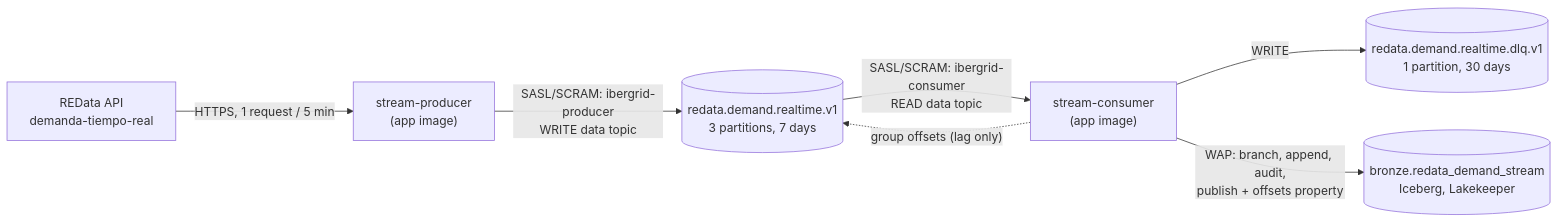
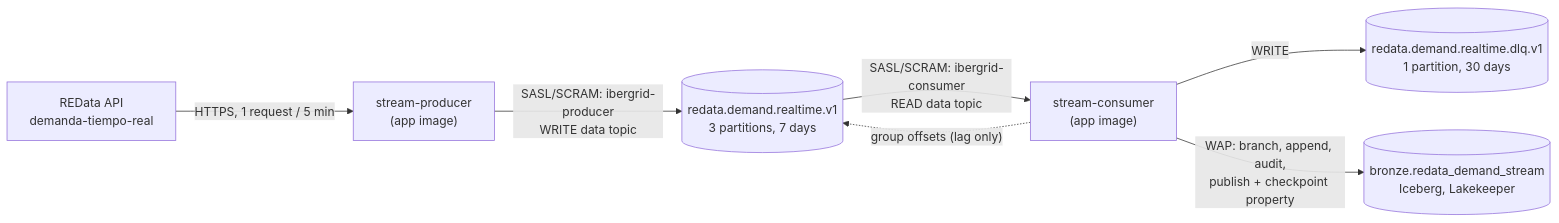
The diagram in docs/adr/0006-streaming-lane.md (jaisato/ibergrid-lakehouse), drawn with Mermaid before and after one commit. The commit also changed other lines of this file and 3 other files, not shown here.

````diff
--- a/docs/adr/0006-streaming-lane.md
+++ b/docs/adr/0006-streaming-lane.md
@@ -81,9 +87,9 @@
 ```mermaid
 flowchart LR
   ree["REData API<br/>demanda-tiempo-real"] -- "HTTPS, 1 request / 5 min" --> producer["stream-producer<br/>(app image)"]
   producer -- "SASL/SCRAM: ibergrid-producer<br/>WRITE data topic" --> topic[("redata.demand.realtime.v1<br/>3 partitions, 7 days")]
   topic -- "SASL/SCRAM: ibergrid-consumer<br/>READ data topic" --> consumer["stream-consumer<br/>(app image)"]
   consumer -- "WRITE" --> dlq[("redata.demand.realtime.dlq.v1<br/>1 partition, 30 days")]
-  consumer -- "WAP: branch, append, audit,<br/>publish + offsets property" --> table[("bronze.redata_demand_stream<br/>Iceberg, Lakekeeper")]
+  consumer -- "WAP: branch, append, audit,<br/>publish + checkpoint property" --> table[("bronze.redata_demand_stream<br/>Iceberg, Lakekeeper")]
   consumer -. "group offsets (lag only)" .-> topic
 ```
````
